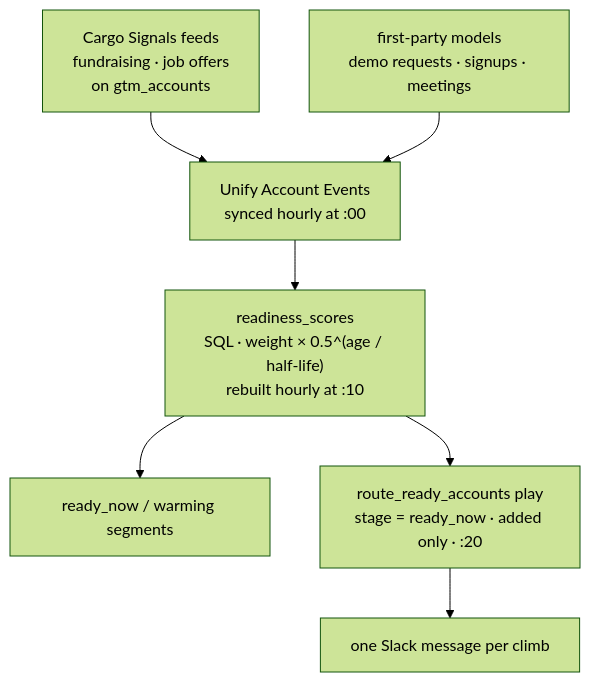
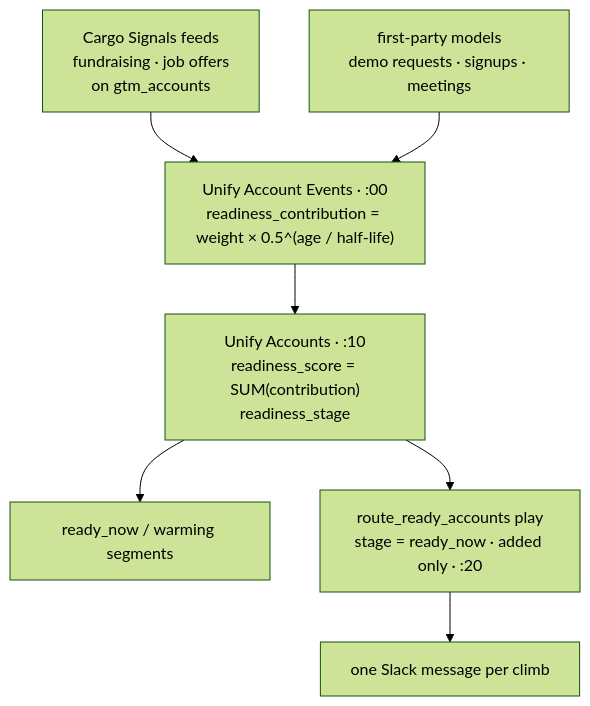
Before and after one commit to getcargohq/gtm-skills: the diagram in readiness-scoring/README.md, drawn with Mermaid (forest theme). The commit also changed other lines of this file and 15 other files, not shown here.

First line of the commit message:
readiness-scoring: score with columns on Unify Accounts, not a query model

````diff
--- a/readiness-scoring/README.md
+++ b/readiness-scoring/README.md
@@ -49,15 +52,15 @@
 ```mermaid
 flowchart TD
     feeds["Cargo Signals feeds<br/>fundraising · job offers<br/>on gtm_accounts"]
     first["first-party models<br/>demo requests · signups · meetings"]
-    events["Unify Account Events<br/>synced hourly at :00"]
-    score["readiness_scores<br/>SQL · weight × 0.5^(age / half-life)<br/>rebuilt hourly at :10"]
+    events["Unify Account Events · :00<br/>readiness_contribution = weight × 0.5^(age / half-life)"]
+    score["Unify Accounts · :10<br/>readiness_score = SUM(contribution)<br/>readiness_stage"]
     segments["ready_now / warming segments"]
     play["route_ready_accounts play<br/>stage = ready_now · added only · :20"]
     slack["one Slack message per climb"]
 
     feeds --> events
     first --> events
     events --> score --> segments
     score --> play --> slack
 ```
````
